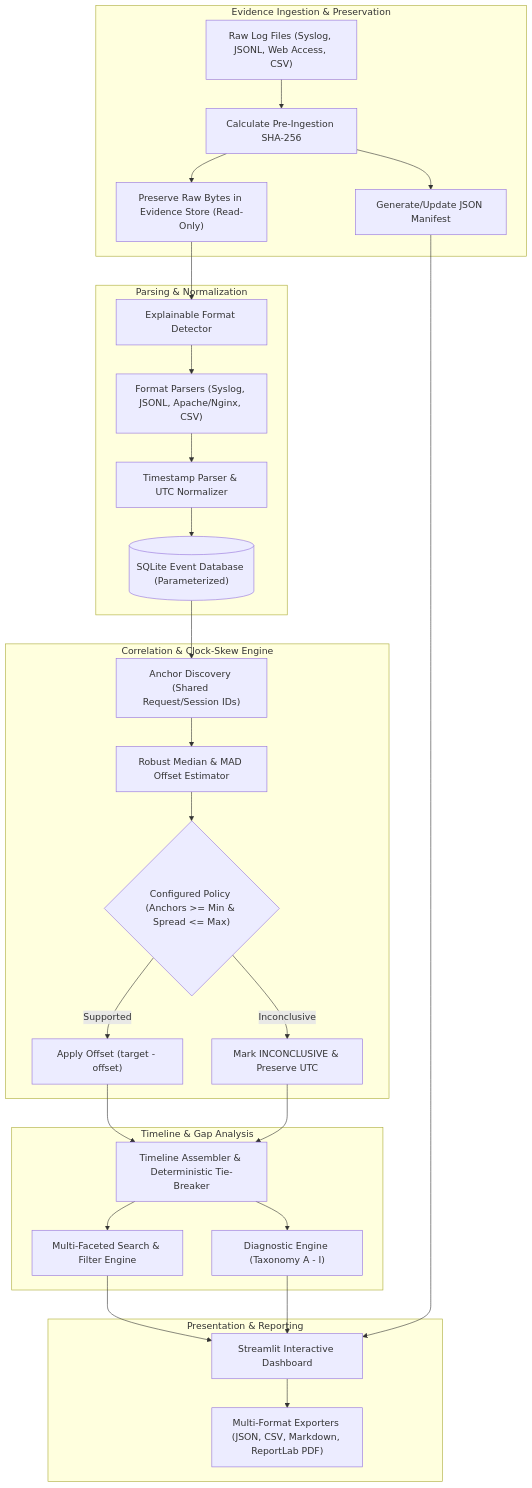
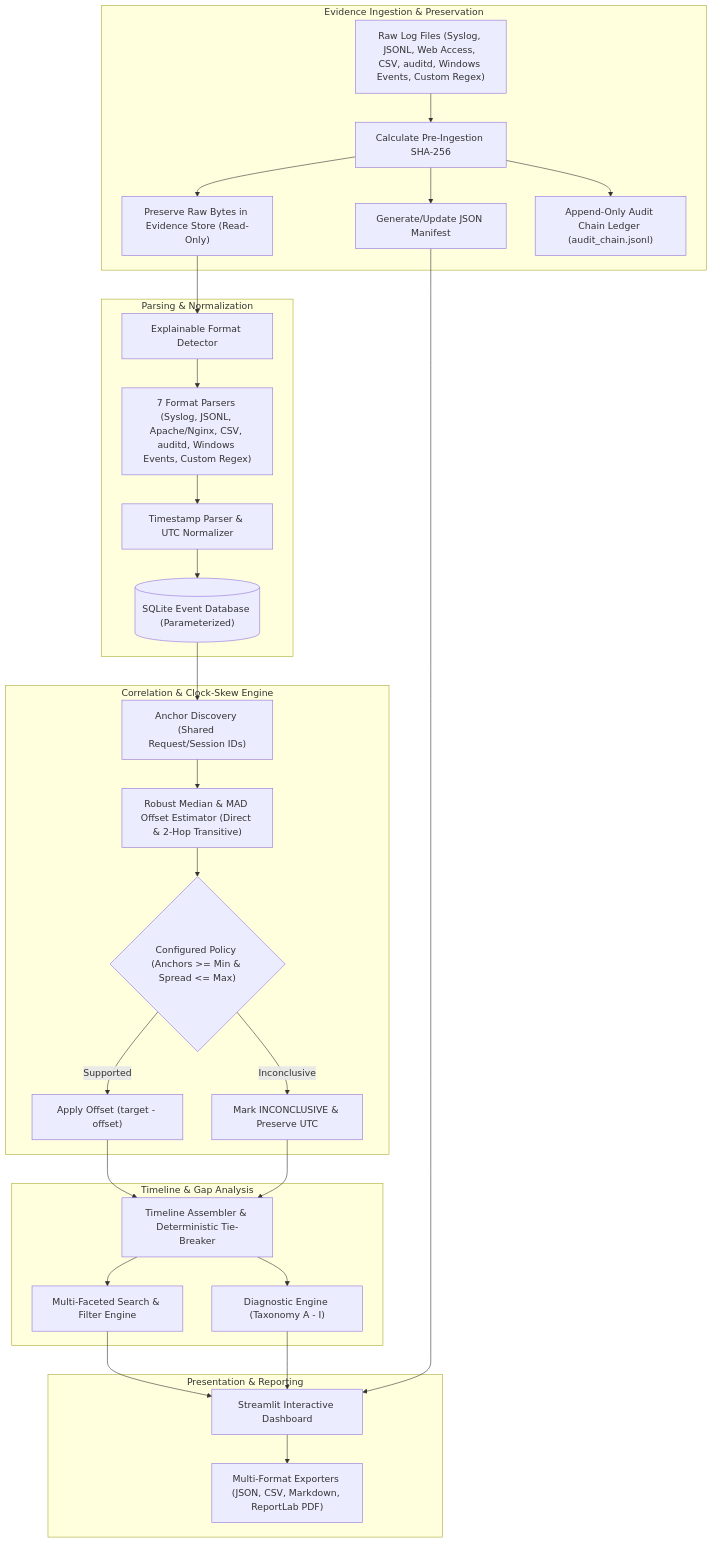
Before and after one commit to UtkarshNarwade/chronica: the diagram in docs/architecture.md, drawn with Mermaid. The commit also changed other lines of this file and 6 other files, not shown here.

````diff
--- a/docs/architecture.md
+++ b/docs/architecture.md
@@ -19,37 +19,38 @@
 ```mermaid
 flowchart TD
     subgraph Evidence Ingestion & Preservation
-        RawLogs["Raw Log Files (Syslog, JSONL, Web Access, CSV)"] --> PreHash["Calculate Pre-Ingestion SHA-256"]
+        RawLogs["Raw Log Files (Syslog, JSONL, Web Access, CSV, auditd, Windows Events, Custom Regex)"] --> PreHash["Calculate Pre-Ingestion SHA-256"]
         PreHash --> Storage["Preserve Raw Bytes in Evidence Store (Read-Only)"]
         PreHash --> Manifest["Generate/Update JSON Manifest"]
+        PreHash --> Ledger["Append-Only Audit Chain Ledger (audit_chain.jsonl)"]
     end
 
     subgraph Parsing & Normalization
         Storage --> Detector["Explainable Format Detector"]
-        Detector --> Parsers["Format Parsers (Syslog, JSONL, Apache/Nginx, CSV)"]
+        Detector --> Parsers["7 Format Parsers (Syslog, JSONL, Apache/Nginx, CSV, auditd, Windows Events, Custom Regex)"]
         Parsers --> Normalizer["Timestamp Parser & UTC Normalizer"]
         Normalizer --> SQLiteDB[("SQLite Event Database (Parameterized)")]
     end
 
     subgraph Correlation & Clock-Skew Engine
         SQLiteDB --> AnchorFinder["Anchor Discovery (Shared Request/Session IDs)"]
-        AnchorFinder --> SkewEstimator["Robust Median & MAD Offset Estimator"]
+        AnchorFinder --> SkewEstimator["Robust Median & MAD Offset Estimator (Direct & 2-Hop Transitive)"]
         SkewEstimator --> CorrectionPolicy{"Configured Policy (Anchors >= Min & Spread <= Max)"}
         CorrectionPolicy -- Supported --> Adjuster["Apply Offset (target - offset)"]
         CorrectionPolicy -- Inconclusive --> Uncorrected["Mark INCONCLUSIVE & Preserve UTC"]
     end
 
     subgraph Timeline & Gap Analysis
         Adjuster --> Assembler["Timeline Assembler & Deterministic Tie-Breaker"]
         Uncorrected --> Assembler
         Assembler --> GapTaxonomy["Diagnostic Engine (Taxonomy A - I)"]
         Assembler --> SearchEngine["Multi-Faceted Search & Filter Engine"]
     end
 
     subgraph Presentation & Reporting
         SearchEngine --> UI["Streamlit Interactive Dashboard"]
         GapTaxonomy --> UI
         Manifest --> UI
         UI --> Exporters["Multi-Format Exporters (JSON, CSV, Markdown, ReportLab PDF)"]
     end
 ```
````
